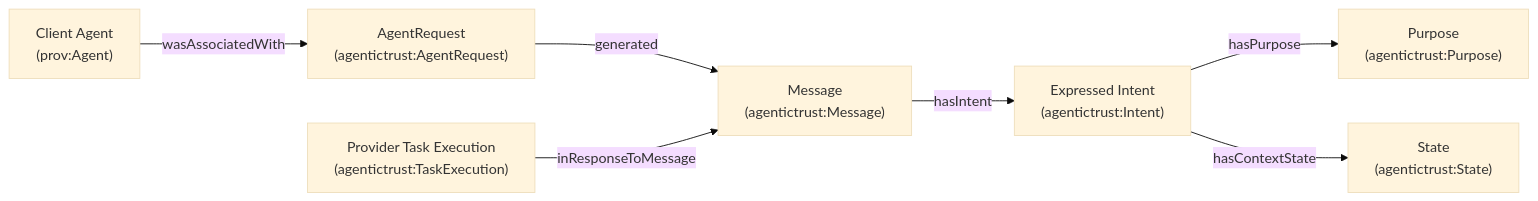
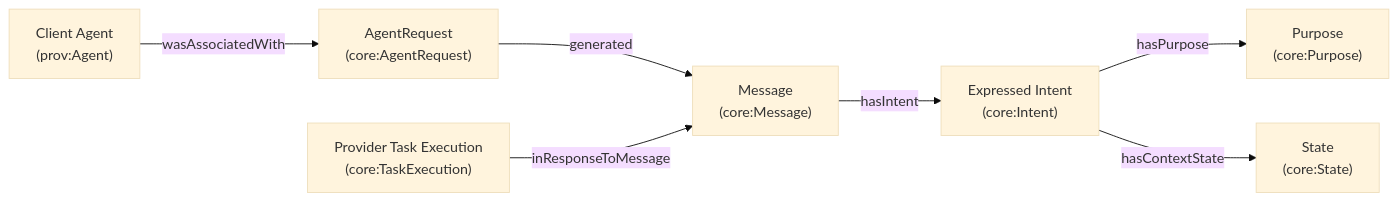
Before and after one commit to Agentic-Trust-Layer/agent-explorer: the third of 7 diagrams in docs/ontology/intent.md, drawn with Mermaid (base theme). The commit also changed other lines of this file and 49 other files, not shown here.

````diff
--- a/docs/ontology/intent.md
+++ b/docs/ontology/intent.md
@@ -99,18 +99,18 @@
 ```mermaid
 graph LR
   Client["Client Agent\n(prov:Agent)"]
-  Req["AgentRequest\n(agentictrust:AgentRequest)"]
-  Msg["Message\n(agentictrust:Message)"]
-  Exec["Provider Task Execution\n(agentictrust:TaskExecution)"]
+  Req["AgentRequest\n(core:AgentRequest)"]
+  Msg["Message\n(core:Message)"]
+  Exec["Provider Task Execution\n(core:TaskExecution)"]
 
-  Intent["Expressed Intent\n(agentictrust:Intent)"]
-  Purpose["Purpose\n(agentictrust:Purpose)"]
-  State["State\n(agentictrust:State)"]
+  Intent["Expressed Intent\n(core:Intent)"]
+  Purpose["Purpose\n(core:Purpose)"]
+  State["State\n(core:State)"]
 
   Client -->|wasAssociatedWith| Req
   Req -->|generated| Msg
   Msg -->|hasIntent| Intent
   Intent -->|hasPurpose| Purpose
   Intent -->|hasContextState| State
   Exec -->|inResponseToMessage| Msg
 ```
````
